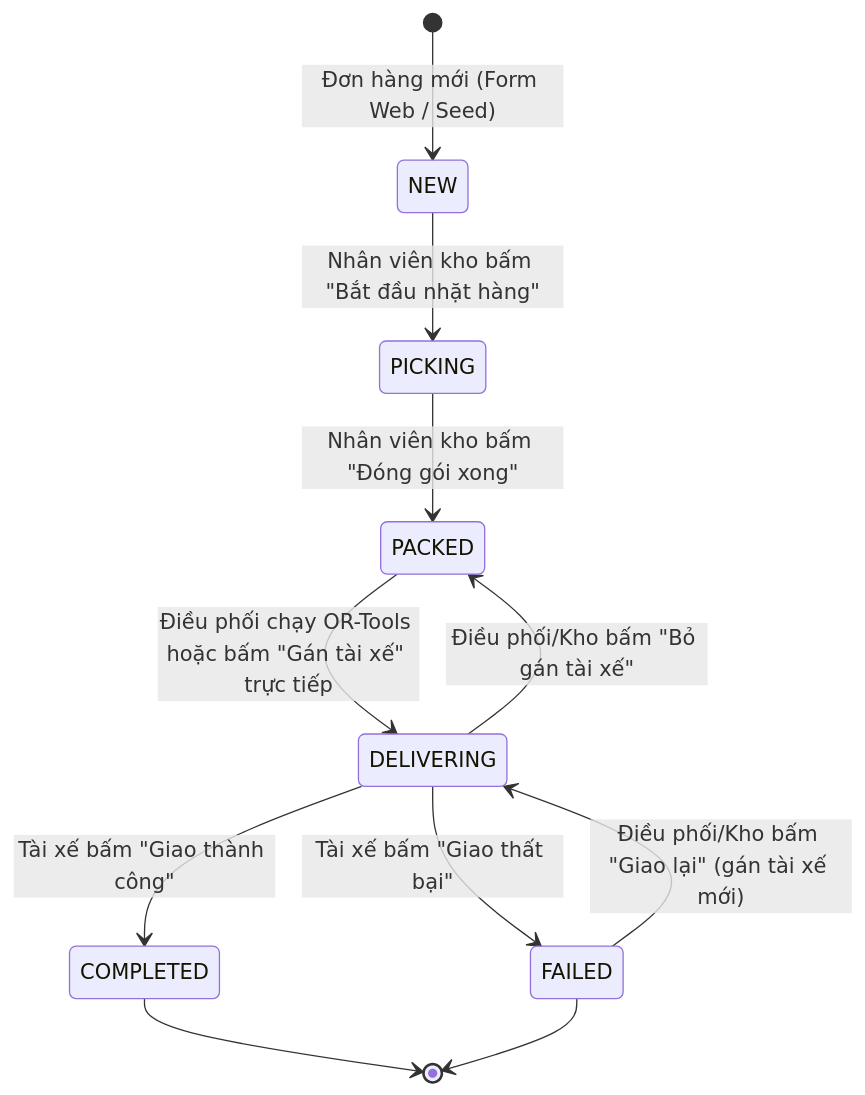
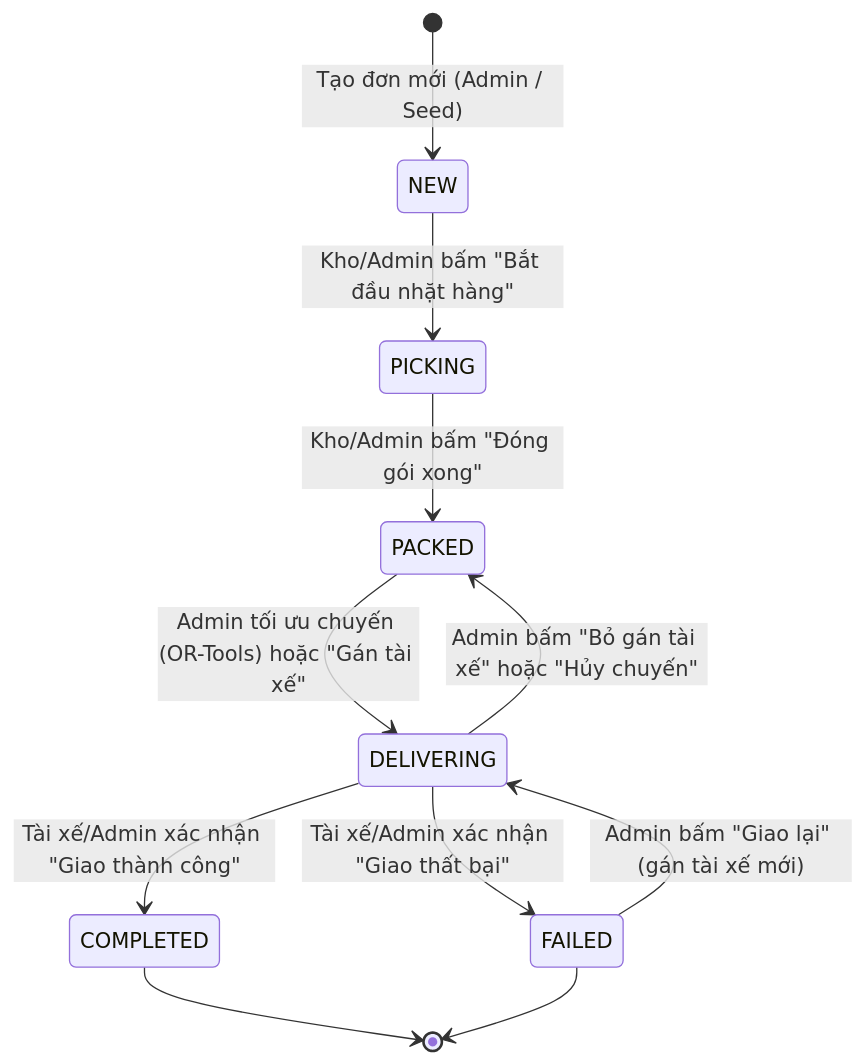
Before and after one commit to haodv178/dms: the diagram in README.md, drawn with Mermaid. The commit also changed other lines of this file and 4 other files, not shown here.

````diff
--- a/README.md
+++ b/README.md
@@ -175,13 +33,13 @@
 ```mermaid
 stateDiagram-v2
-    [*] --> NEW: Đơn hàng mới (Form Web / Seed)
-    NEW --> PICKING: Nhân viên kho bấm "Bắt đầu nhặt hàng"
-    PICKING --> PACKED: Nhân viên kho bấm "Đóng gói xong"
-    PACKED --> DELIVERING: Điều phối chạy OR-Tools hoặc bấm "Gán tài xế" trực tiếp
-    DELIVERING --> PACKED: Điều phối/Kho bấm "Bỏ gán tài xế"
-    DELIVERING --> COMPLETED: Tài xế bấm "Giao thành công"
-    DELIVERING --> FAILED: Tài xế bấm "Giao thất bại"
-    FAILED --> DELIVERING: Điều phối/Kho bấm "Giao lại" (gán tài xế mới)
+    [*] --> NEW: Tạo đơn mới (Admin / Seed)
+    NEW --> PICKING: Kho/Admin bấm "Bắt đầu nhặt hàng"
+    PICKING --> PACKED: Kho/Admin bấm "Đóng gói xong"
+    PACKED --> DELIVERING: Admin tối ưu chuyến (OR-Tools) hoặc "Gán tài xế"
+    DELIVERING --> PACKED: Admin bấm "Bỏ gán tài xế" hoặc "Hủy chuyến"
+    DELIVERING --> COMPLETED: Tài xế/Admin xác nhận "Giao thành công"
+    DELIVERING --> FAILED: Tài xế/Admin xác nhận "Giao thất bại"
+    FAILED --> DELIVERING: Admin bấm "Giao lại" (gán tài xế mới)
     COMPLETED --> [*]
     FAILED --> [*]
 ```
````
